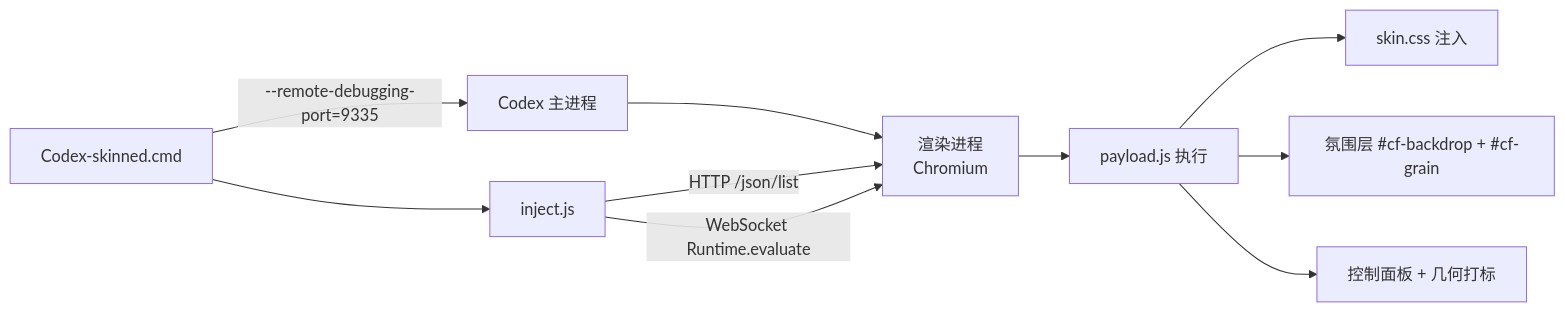
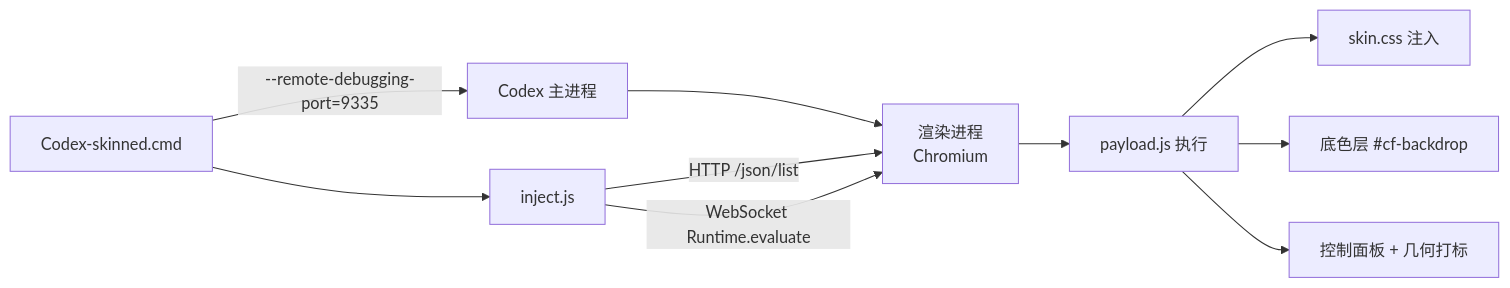
The diagram in README.md (ISkywalkerI/codex-frosted-glass), drawn with Mermaid before and after one commit. The commit also changed other lines of this file and 9 other files, not shown here.

````diff
--- a/README.md
+++ b/README.md
@@ -36,12 +35,12 @@
 ```mermaid
 flowchart LR
     A["Codex-skinned.cmd"] -->|"--remote-debugging-port=9335"| B["Codex 主进程"]
     B --> C["渲染进程<br/>Chromium"]
     A --> D["inject.js"]
     D -->|"HTTP /json/list"| C
     D -->|"WebSocket Runtime.evaluate"| C
     C --> E["payload.js 执行"]
     E --> F["skin.css 注入"]
-    E --> G["氛围层 #cf-backdrop + #cf-grain"]
+    E --> G["底色层 #cf-backdrop"]
     E --> H["控制面板 + 几何打标"]
 ```
````
